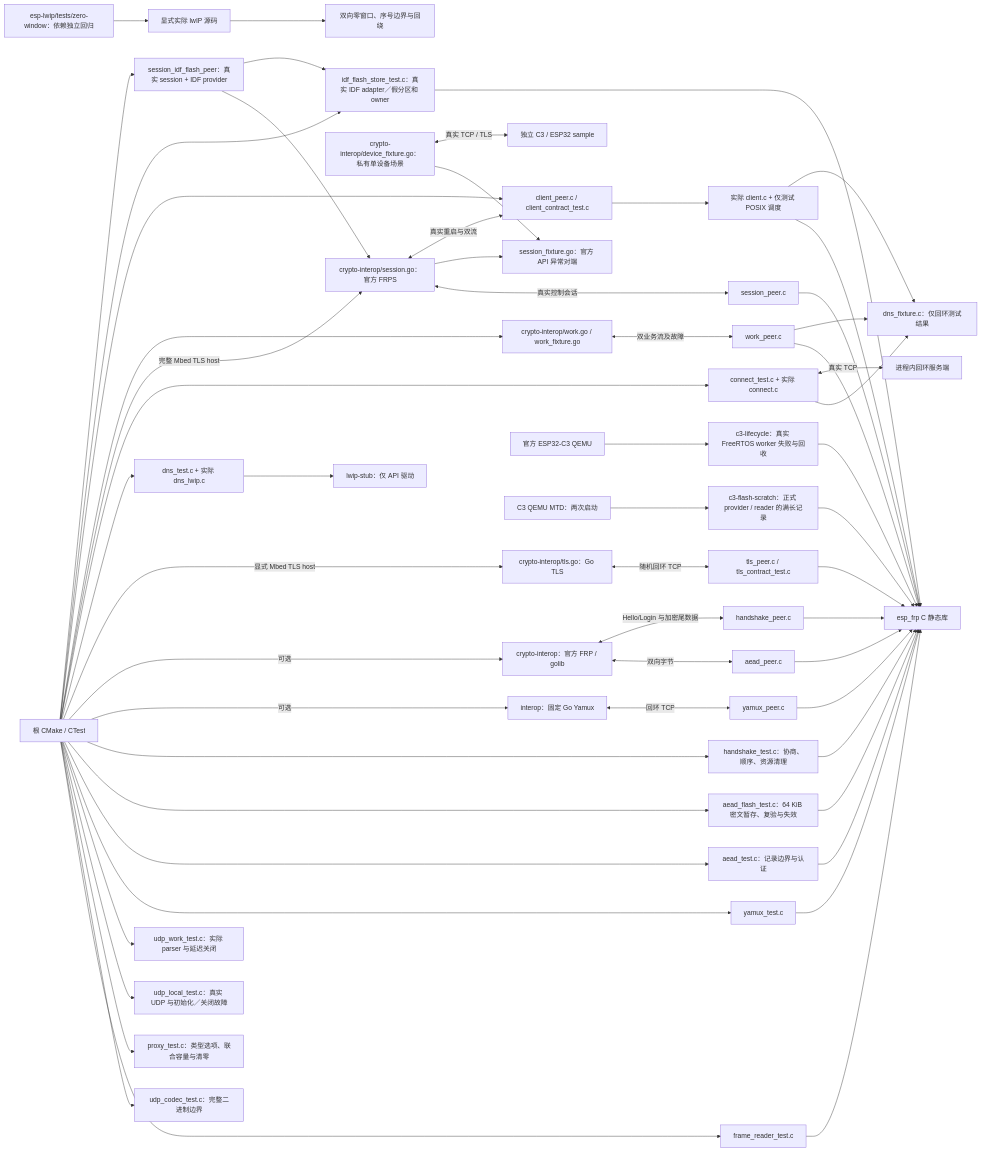
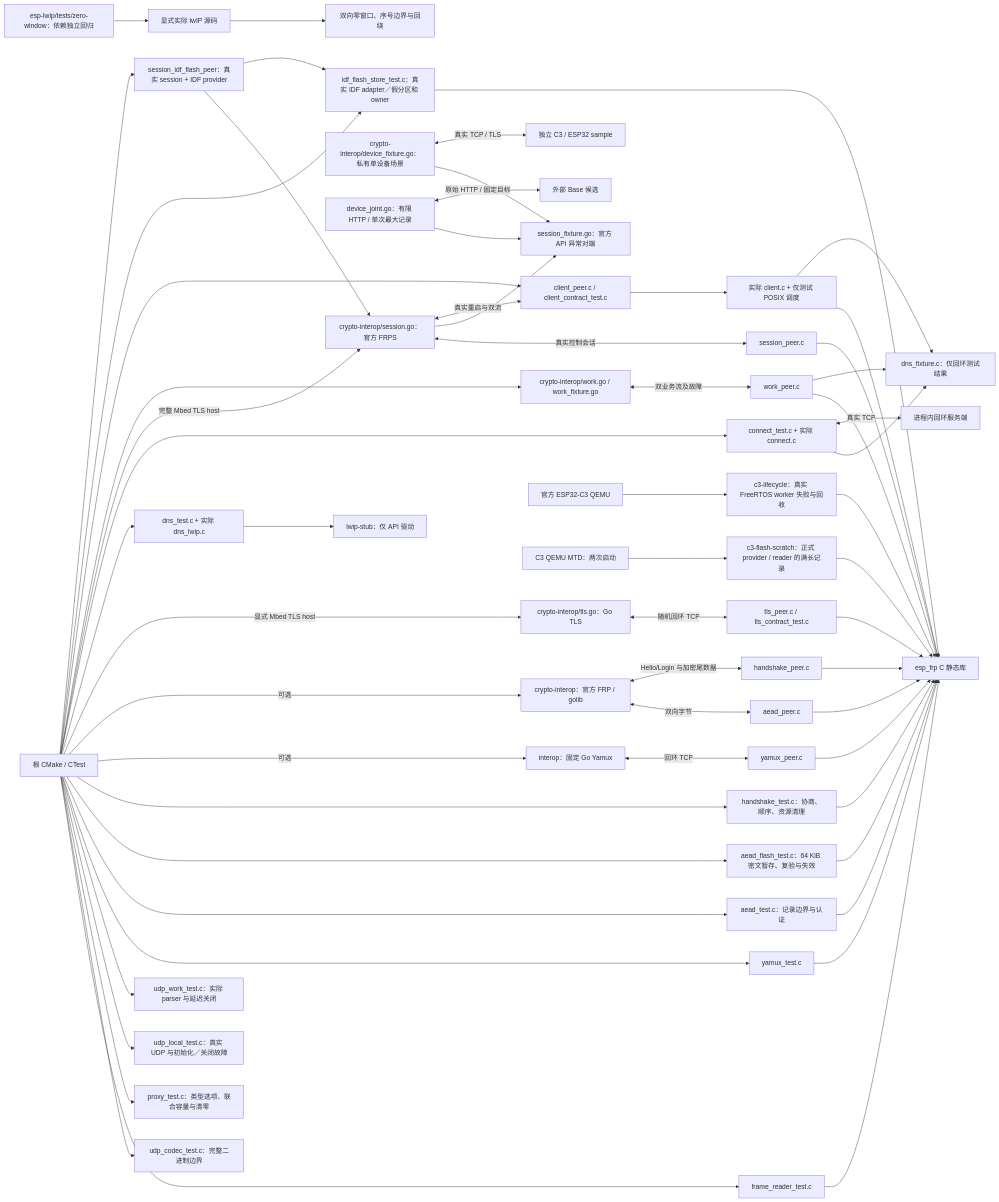
One commit to darren-you/esp-frp changed the diagram in tests/README.md. Above: the diagram before and after it, drawn with Mermaid. The commit also changed other lines of this file and 19 other files, not shown here.

````diff
--- a/tests/README.md
+++ b/tests/README.md
@@ -5,59 +5,61 @@
 ```mermaid
 flowchart LR
     cmake["根 CMake / CTest"] --> wire["frame_reader_test.c"]
     cmake --> udp_codec["udp_codec_test.c：完整二进制边界"]
     cmake --> proxy["proxy_test.c：类型选项、联合容量与清零"]
     cmake --> udp_local["udp_local_test.c：真实 UDP 与初始化／关闭故障"]
     cmake --> udp_work["udp_work_test.c：实际 parser 与延迟关闭"]
     cmake --> mux["yamux_test.c"]
     cmake --> aead["aead_test.c：记录边界与认证"]
     cmake --> flash["aead_flash_test.c：64 KiB 密文暂存、复验与失效"]
     cmake --> handshake["handshake_test.c：协商、顺序、资源清理"]
     wire --> lib["esp_frp C 静态库"]
     mux --> lib
     aead --> lib
     flash --> lib
     handshake --> lib
     cmake -->|"可选"| upstream["interop：固定 Go Yamux"]
     upstream <-->|"回环 TCP"| peer["yamux_peer.c"]
     peer --> lib
     cmake -->|"可选"| crypto["crypto-interop：官方 FRP / golib"]
     crypto <-->|"双向字节"| cp["aead_peer.c"]
     cp --> lib
     crypto <-->|"Hello/Login 与加密尾数据"| hp["handshake_peer.c"]
     hp --> lib
     cmake -->|"显式 Mbed TLS host"| tls["crypto-interop/tls.go：Go TLS"]
     tls <-->|"随机回环 TCP"| tp["tls_peer.c / tls_contract_test.c"]
     tp --> lib
     cmake --> dns["dns_test.c + 实际 dns_lwip.c"]
     dns --> stub["lwip-stub：仅 API 驱动"]
     cmake --> tcp["connect_test.c + 实际 connect.c"]
     tcp --> fixture["dns_fixture.c：仅回环测试结果"]
     tcp <-->|"真实 TCP"| socket["进程内回环服务端"]
     cmake -->|"完整 Mbed TLS host"| session["crypto-interop/session.go：官方 FRPS"]
     session <-->|"真实控制会话"| sp["session_peer.c"]
     sp --> lib
     session --> faults["session_fixture.go：官方 API 异常对端"]
     device["crypto-interop/device_fixture.go：私有单设备场景"] --> faults
     device <-->|"真实 TCP / TLS"| board["独立 C3 / ESP32 sample"]
+    joint["device_joint.go：有限 HTTP / 单次最大记录"] --> faults
+    joint <-->|"原始 HTTP / 固定目标"| base["外部 Base 候选"]
     cmake --> work["crypto-interop/work.go / work_fixture.go"]
     work <-->|"双业务流及故障"| wp["work_peer.c"]
     wp --> lib
     wp --> fixture
     cmake --> client["client_peer.c / client_contract_test.c"]
     client --> worker["实际 client.c + 仅测试 POSIX 调度"]
     worker --> lib
     worker --> fixture
     session <-->|"真实重启与双流"| client
     qemu["官方 ESP32-C3 QEMU"] --> lifecycle["c3-lifecycle：真实 FreeRTOS worker 失败与回收"]
     lifecycle --> lib
     flash_qemu["C3 QEMU MTD：两次启动"] --> flash_probe["c3-flash-scratch：正式 provider / reader 的满长记录"]
     flash_probe --> lib
     cmake --> idf_store["idf_flash_store_test.c：真实 IDF adapter／假分区和 owner"]
     idf_store --> lib
     cmake --> idf_session["session_idf_flash_peer：真实 session + IDF provider"]
     idf_session --> session
     idf_session --> idf_store
     dependency["esp-lwip/tests/zero-window：依赖独立回归"] --> sdk["显式实际 lwIP 源码"]
     sdk --> zero["双向零窗口、序号边界与回绕"]
 ```
````
